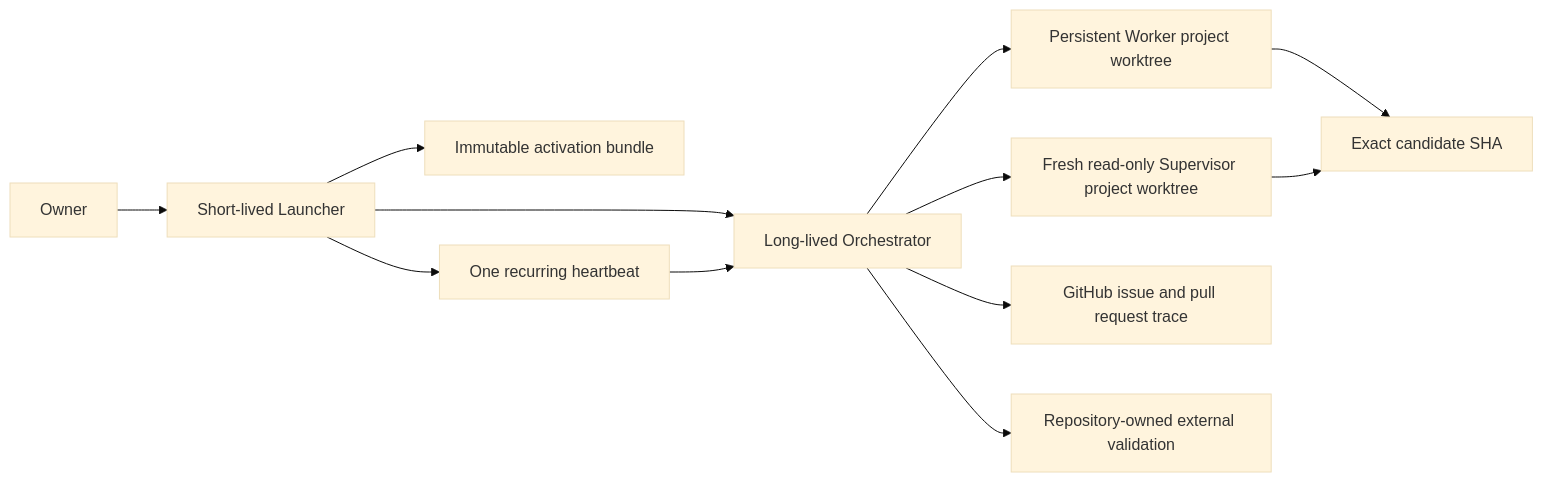
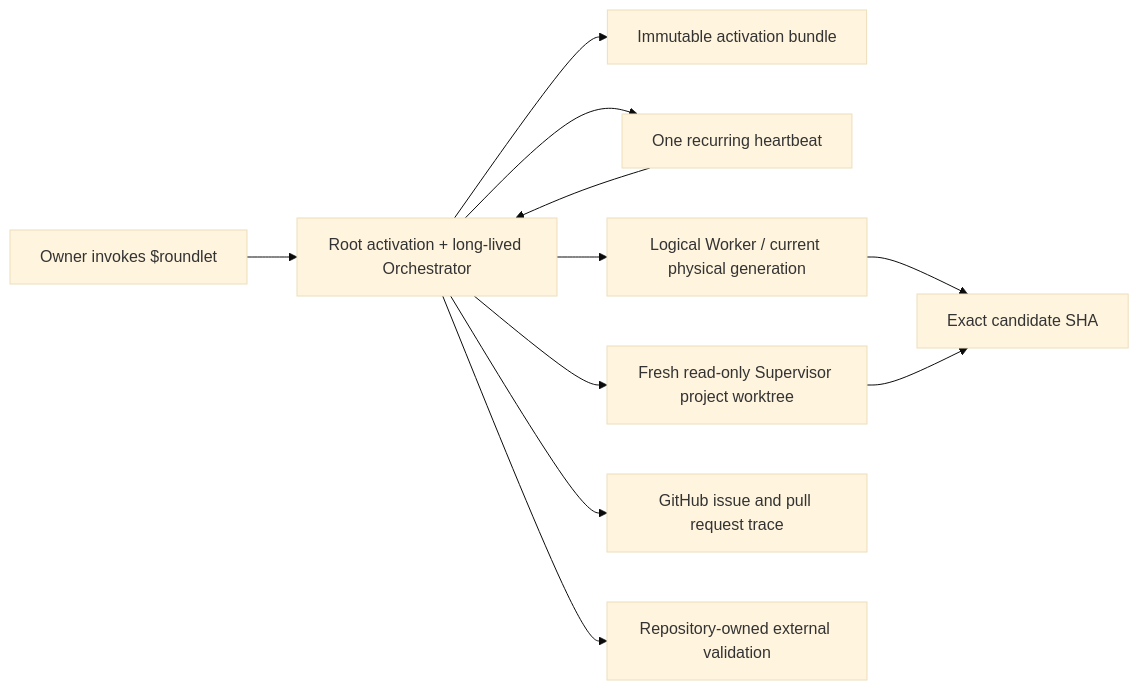
One commit to ythdelmar68/roundlet changed the first of 2 diagrams in README.md. Above: the diagram before and after it, drawn with Mermaid (base theme). The commit also changed other lines of this file and 7 other files, not shown here.

First line of the commit message:
feat(roundlet)!: keep activation in the root task

````diff
--- a/README.md
+++ b/README.md
@@ -19,14 +19,13 @@
 ```mermaid
 flowchart LR
-    O["Owner"] --> L["Short-lived Launcher"]
-    L --> C["Immutable activation bundle"]
-    L --> R["Long-lived Orchestrator"]
-    L --> H["One recurring heartbeat"]
+    O["Owner invokes $roundlet"] --> R["Root activation + long-lived Orchestrator"]
+    R --> C["Immutable activation bundle"]
+    R --> H["One recurring heartbeat"]
     H --> R
-    R --> W["Persistent Worker project worktree"]
+    R --> W["Logical Worker / current physical generation"]
     R --> S["Fresh read-only Supervisor project worktree"]
     W --> X["Exact candidate SHA"]
     S --> X
     R --> GH["GitHub issue and pull request trace"]
     R --> EV["Repository-owned external validation"]
 ```
````
